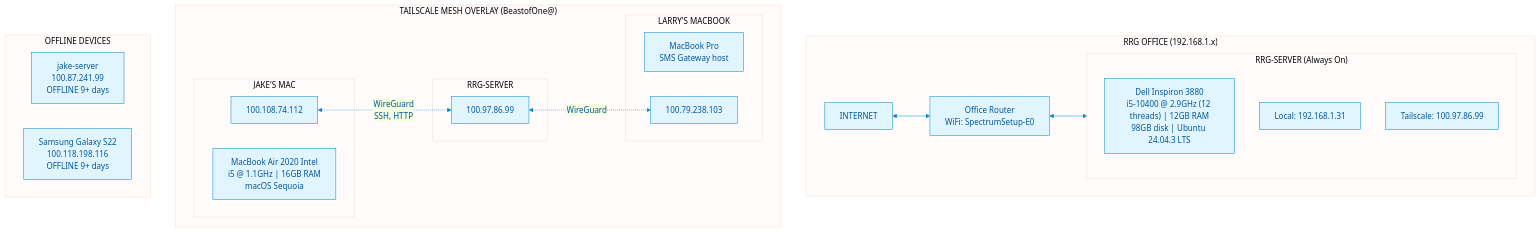
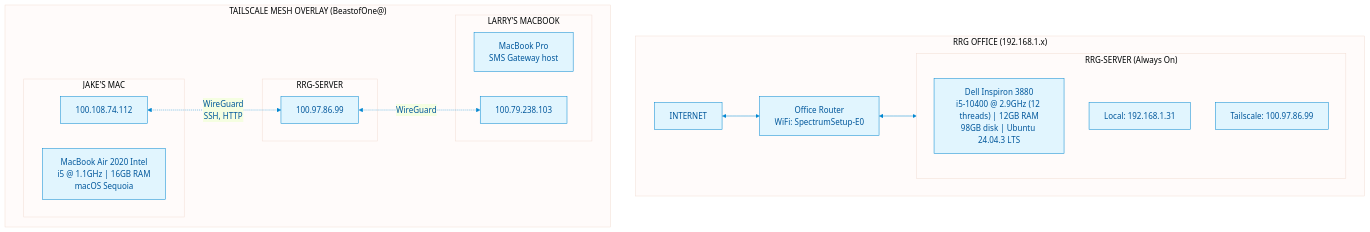
Before and after one commit to BeastofOne/rrg-server: the first of 3 diagrams in docs/ARCHITECTURE.md, drawn with Mermaid. The commit also changed other lines of this file and 3 other files, not shown here.

Commit message:
Remove all jake-server references — separate project, not part of RRG-Server

````diff
--- a/docs/ARCHITECTURE.md
+++ b/docs/ARCHITECTURE.md
@@ -14,44 +13,39 @@
 ```mermaid
 %%{init: {'theme': 'base', 'themeVariables': { 'primaryColor': '#e1f5fe', 'primaryTextColor': '#01579b', 'primaryBorderColor': '#0288d1', 'lineColor': '#0288d1'}}}%%
 
 graph TB
     subgraph OFFICE["RRG OFFICE (192.168.1.x)"]
         INTERNET["INTERNET"]
 
         ROUTER["Office Router<br/>WiFi: SpectrumSetup-E0"]
 
         subgraph SERVER["RRG-SERVER (Always On)"]
             SERVER_INFO["Dell Inspiron 3880<br/>i5-10400 @ 2.9GHz (12 threads) | 12GB RAM<br/>98GB disk | Ubuntu 24.04.3 LTS"]
             SERVER_LOCAL["Local: 192.168.1.31"]
             SERVER_TS["Tailscale: 100.97.86.99"]
         end
 
         INTERNET <--> ROUTER
         ROUTER <--> SERVER
     end
 
     subgraph TAILSCALE["TAILSCALE MESH OVERLAY (BeastofOne@)"]
 
         subgraph TS_MAC["JAKE'S MAC"]
             MAC_INFO["MacBook Air 2020 Intel<br/>i5 @ 1.1GHz | 16GB RAM<br/>macOS Sequoia"]
             MAC_TS["100.108.74.112"]
         end
 
         subgraph TS_RRG["RRG-SERVER"]
             TS_RRG_IP["100.97.86.99"]
         end
 
         subgraph TS_LARRY["LARRY'S MACBOOK"]
             LARRY_INFO["MacBook Pro<br/>SMS Gateway host"]
             LARRY_TS["100.79.238.103"]
         end
     end
 
-    subgraph OFFLINE["OFFLINE DEVICES"]
-        JAKE_SERVER["jake-server<br/>100.87.241.99<br/>OFFLINE 9+ days"]
-        PHONE["Samsung Galaxy S22<br/>100.118.198.116<br/>OFFLINE 9+ days"]
-    end
-
     MAC_TS <-.->|"WireGuard<br/>SSH, HTTP"| TS_RRG_IP
     TS_RRG_IP <-.->|"WireGuard"| LARRY_TS
 ```
````
